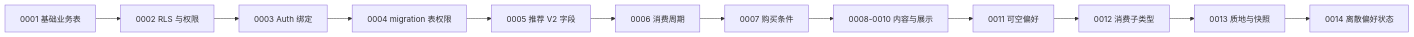
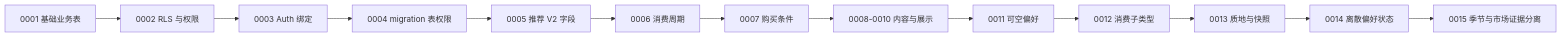
Before and after one commit to dreamqwq114-del/daily-fruit: the diagram in docs/backend-course/06-alembic-migrations.md, drawn with Mermaid. The commit also changed other lines of this file and 40 other files, not shown here.

````diff
--- a/docs/backend-course/06-alembic-migrations.md
+++ b/docs/backend-course/06-alembic-migrations.md
@@ -17,14 +17,15 @@
 ```mermaid
 flowchart LR
     m1[0001 基础业务表] --> m2[0002 RLS 与权限]
     m2 --> m3[0003 Auth 绑定]
     m3 --> m4[0004 migration 表权限]
     m4 --> m5[0005 推荐 V2 字段]
     m5 --> m6[0006 消费周期]
     m6 --> m7[0007 购买条件]
     m7 --> m8[0008-0010 内容与展示]
     m8 --> m11[0011 可空偏好]
     m11 --> m12[0012 消费子类型]
     m12 --> m13[0013 质地与快照]
     m13 --> m14[0014 离散偏好状态]
+    m14 --> m15[0015 季节与市场证据分离]
 ```
````
